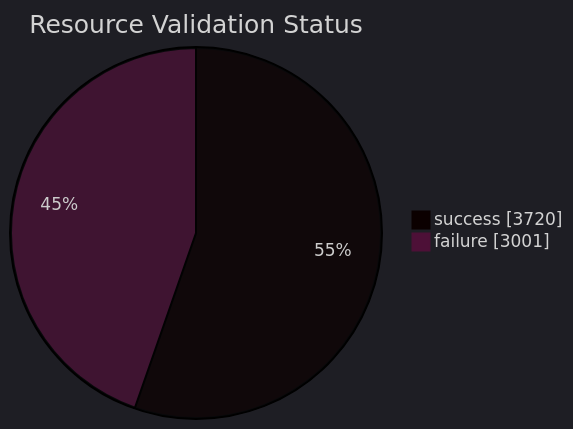
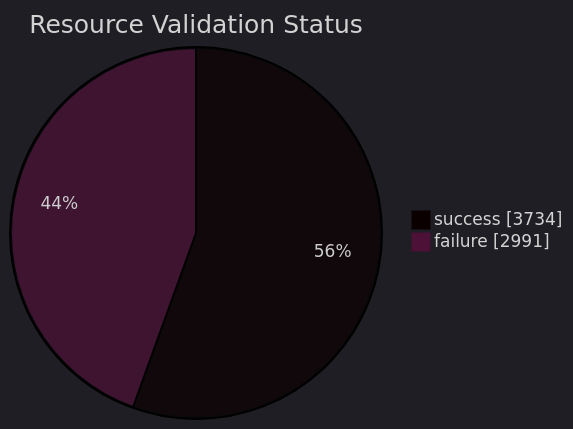
One commit to open-data/analytics-corporate-reporting changed the diagram in datastore_tracker/resource_validation_status_pie_chart.md. Above: the diagram before and after it, drawn with Mermaid. The commit also changed 9 other files, not shown here.

````diff
--- a/datastore_tracker/resource_validation_status_pie_chart.md
+++ b/datastore_tracker/resource_validation_status_pie_chart.md
@@ -2,9 +2,9 @@
 ```mermaid
 ---
 config:
   theme: dark
 ---
 pie showData title Resource Validation Status
-    "success": 3720
-    "failure": 3001
+    "success": 3734
+    "failure": 2991
 ```
````
